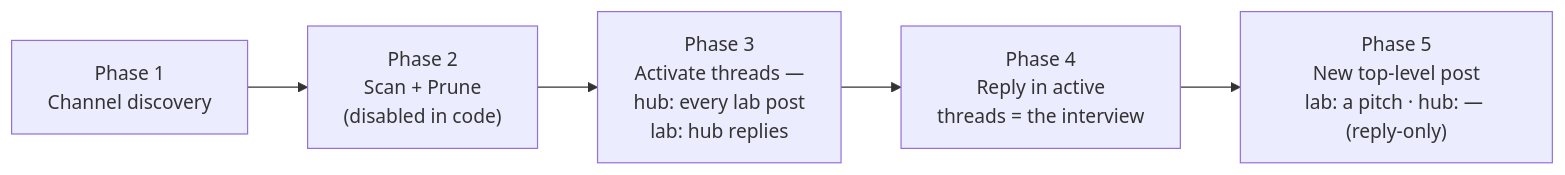
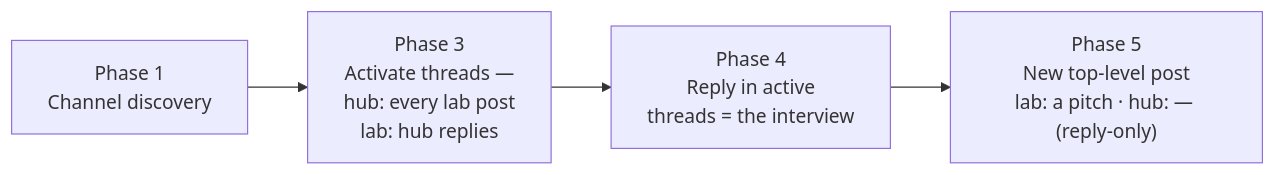
Before and after one commit to SuLab/coPI.science: the second of 3 diagrams in docs/specs/2026-08-07-hub-lab-flow.md, drawn with Mermaid. The commit also changed other lines of this file and 6 other files, not shown here.

````diff
--- a/docs/specs/2026-08-07-hub-lab-flow.md
+++ b/docs/specs/2026-08-07-hub-lab-flow.md
@@ -60,10 +60,9 @@
 ```mermaid
 flowchart LR
     P1["Phase 1<br/>Channel discovery"]
-    P2["Phase 2<br/>Scan + Prune<br/>(disabled in code)"]
     P3["Phase 3<br/>Activate threads —<br/>hub: every lab post<br/>lab: hub replies"]
     P4["Phase 4<br/>Reply in active<br/>threads = the interview"]
     P5["Phase 5<br/>New top-level post<br/>lab: a pitch · hub: — (reply-only)"]
 
-    P1 --> P2 --> P3 --> P4 --> P5
+    P1 --> P3 --> P4 --> P5
 ```
````
